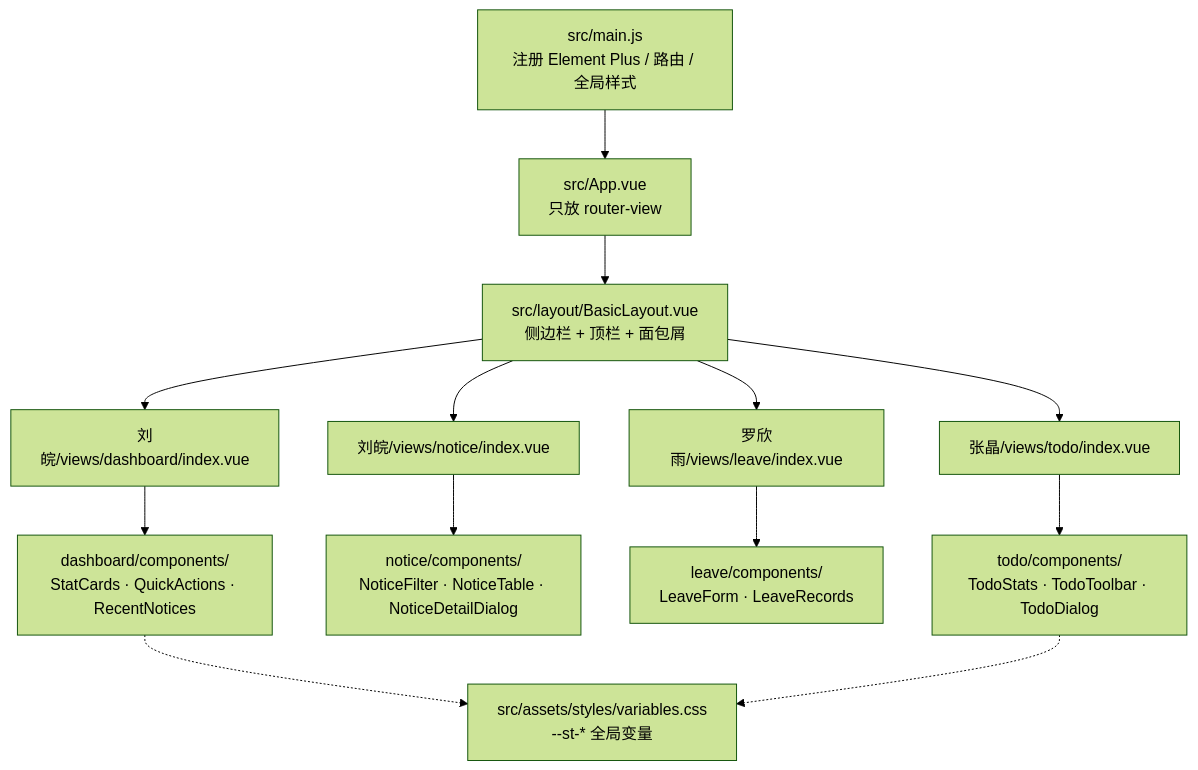
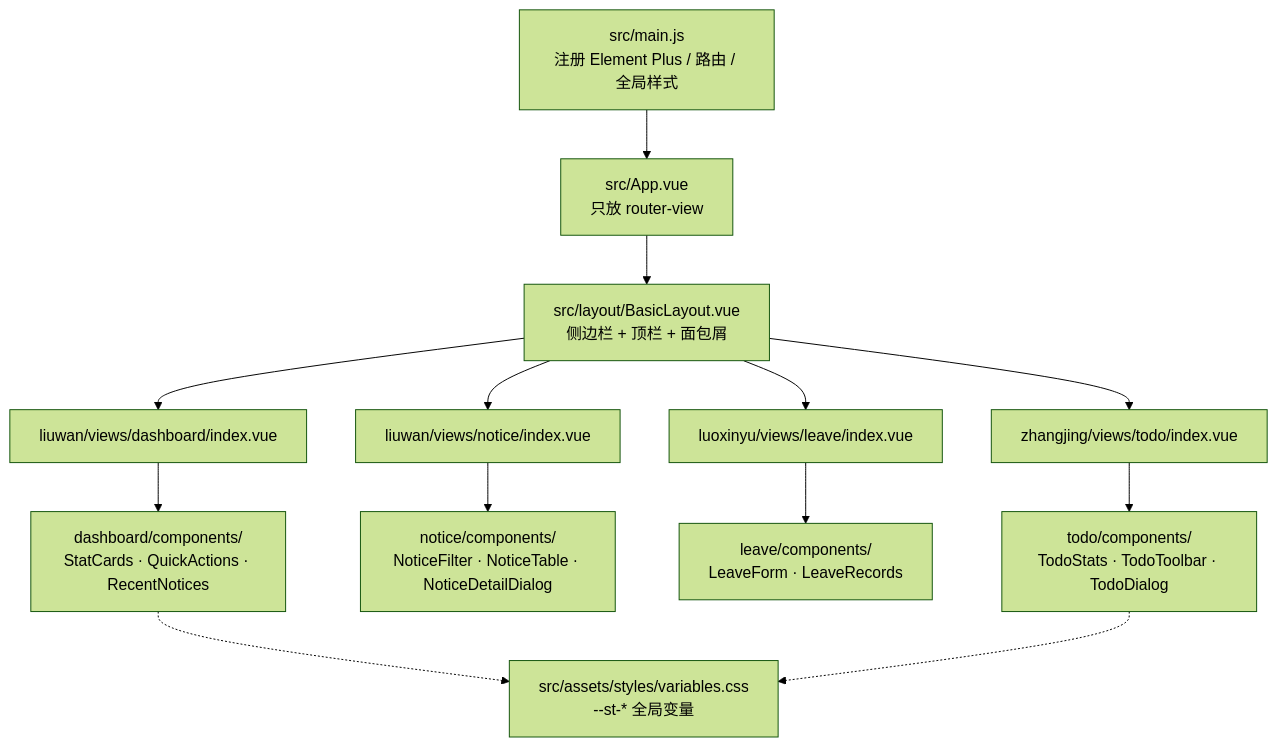
The diagram in docs/项目框架.md (stttop23/zuoye), drawn with Mermaid (forest theme) before and after one commit. The commit also changed other lines of this file and 18 other files, not shown here.

First line of the commit message:
refactor: 成员目录名由中文改为拼音（liuwan / luoxinyu / zhangjing）

````diff
--- a/docs/项目框架.md
+++ b/docs/项目框架.md
@@ -50,15 +50,15 @@
 ```mermaid
 graph TD
     A["src/main.js<br/>注册 Element Plus / 路由 / 全局样式"] --> B["src/App.vue<br/>只放 router-view"]
     B --> C["src/layout/BasicLayout.vue<br/>侧边栏 + 顶栏 + 面包屑"]
-    C --> D1["刘皖/views/dashboard/index.vue"]
-    C --> D2["刘皖/views/notice/index.vue"]
-    C --> D3["罗欣雨/views/leave/index.vue"]
-    C --> D4["张晶/views/todo/index.vue"]
+    C --> D1["liuwan/views/dashboard/index.vue"]
+    C --> D2["liuwan/views/notice/index.vue"]
+    C --> D3["luoxinyu/views/leave/index.vue"]
+    C --> D4["zhangjing/views/todo/index.vue"]
     D1 --> E1["dashboard/components/<br/>StatCards · QuickActions · RecentNotices"]
     D2 --> E2["notice/components/<br/>NoticeFilter · NoticeTable · NoticeDetailDialog"]
     D3 --> E3["leave/components/<br/>LeaveForm · LeaveRecords"]
     D4 --> E4["todo/components/<br/>TodoStats · TodoToolbar · TodoDialog"]
     E1 -.-> F["src/assets/styles/variables.css<br/>--st-* 全局变量"]
     E4 -.-> F
 ```
````
